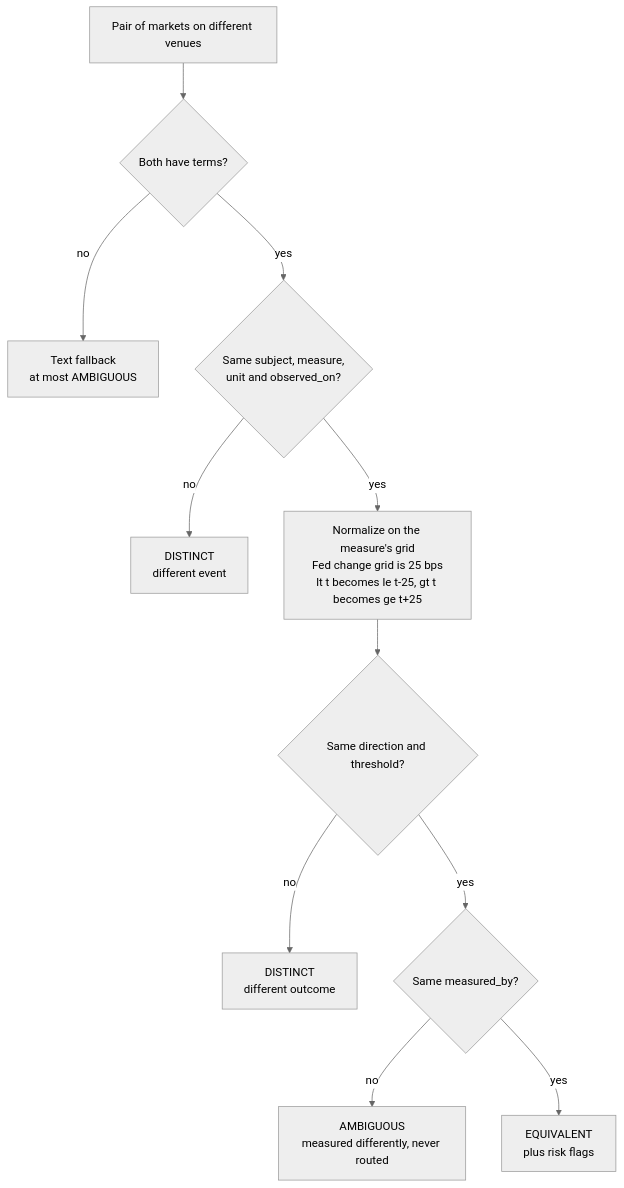
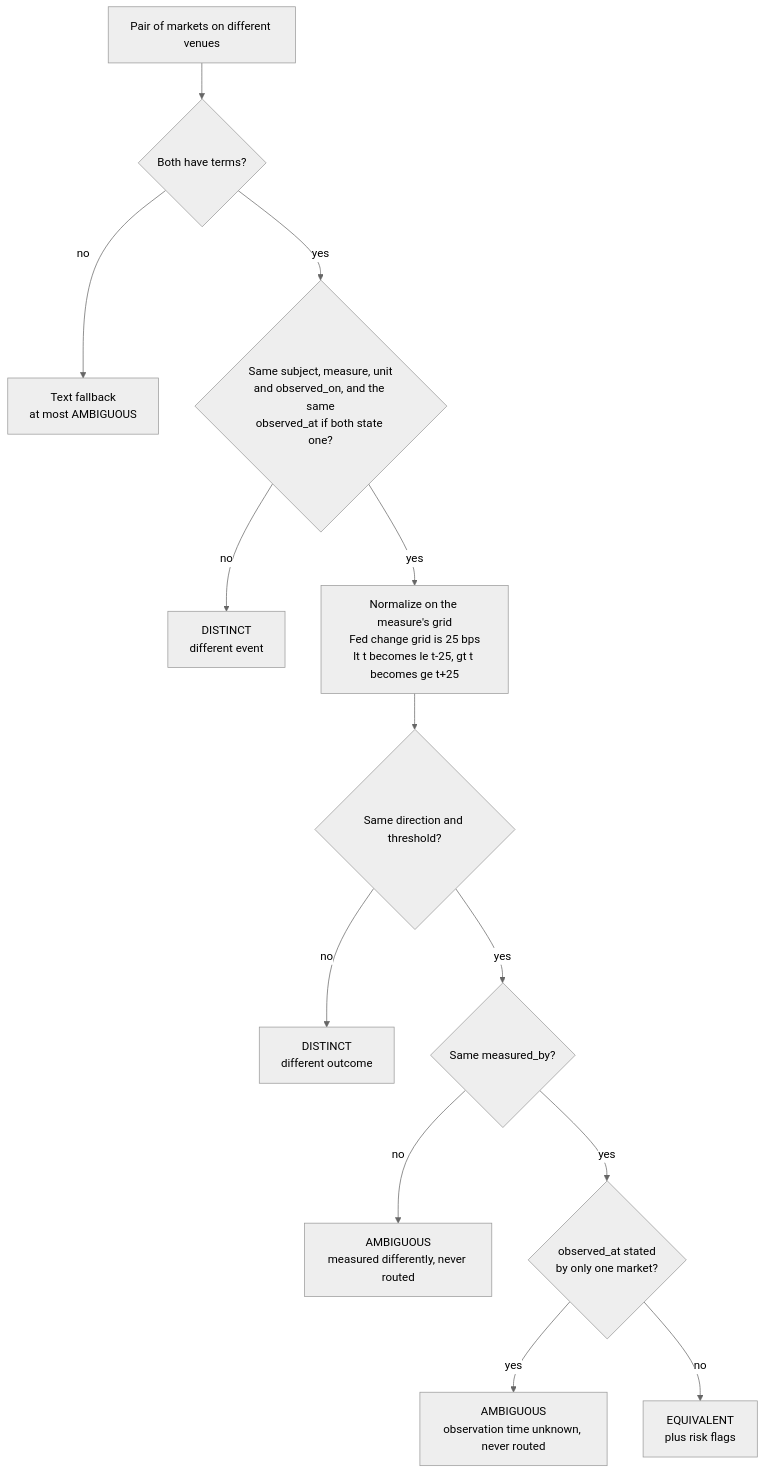
The second of 3 diagrams in docs/architecture.md (joshuatagoe/project-equinox), drawn with Mermaid (neutral theme) before and after one commit. The commit also changed other lines of this file and 6 other files, not shown here.

First line of the commit message:
feat-03: equivalence matcher, with observation time compared.

````diff
--- a/docs/architecture.md
+++ b/docs/architecture.md
@@ -317,13 +317,15 @@
 ```mermaid
 flowchart TD
     A["Pair of markets on different venues"] --> B{"Both have terms?"}
     B -->|no| T["Text fallback<br/>at most AMBIGUOUS"]
-    B -->|yes| C{"Same subject, measure,<br/>unit and observed_on?"}
+    B -->|yes| C{"Same subject, measure, unit<br/>and observed_on, and the same<br/>observed_at if both state one?"}
     C -->|no| D1["DISTINCT<br/>different event"]
     C -->|yes| G["Normalize on the measure's grid<br/>Fed change grid is 25 bps<br/>lt t becomes le t-25, gt t becomes ge t+25"]
     G --> E{"Same direction and threshold?"}
     E -->|no| D2["DISTINCT<br/>different outcome"]
     E -->|yes| H{"Same measured_by?"}
     H -->|no| AM["AMBIGUOUS<br/>measured differently, never routed"]
-    H -->|yes| EQ["EQUIVALENT<br/>plus risk flags"]
+    H -->|yes| O{"observed_at stated<br/>by only one market?"}
+    O -->|yes| AM2["AMBIGUOUS<br/>observation time unknown, never routed"]
+    O -->|no| EQ["EQUIVALENT<br/>plus risk flags"]
 ```
````
